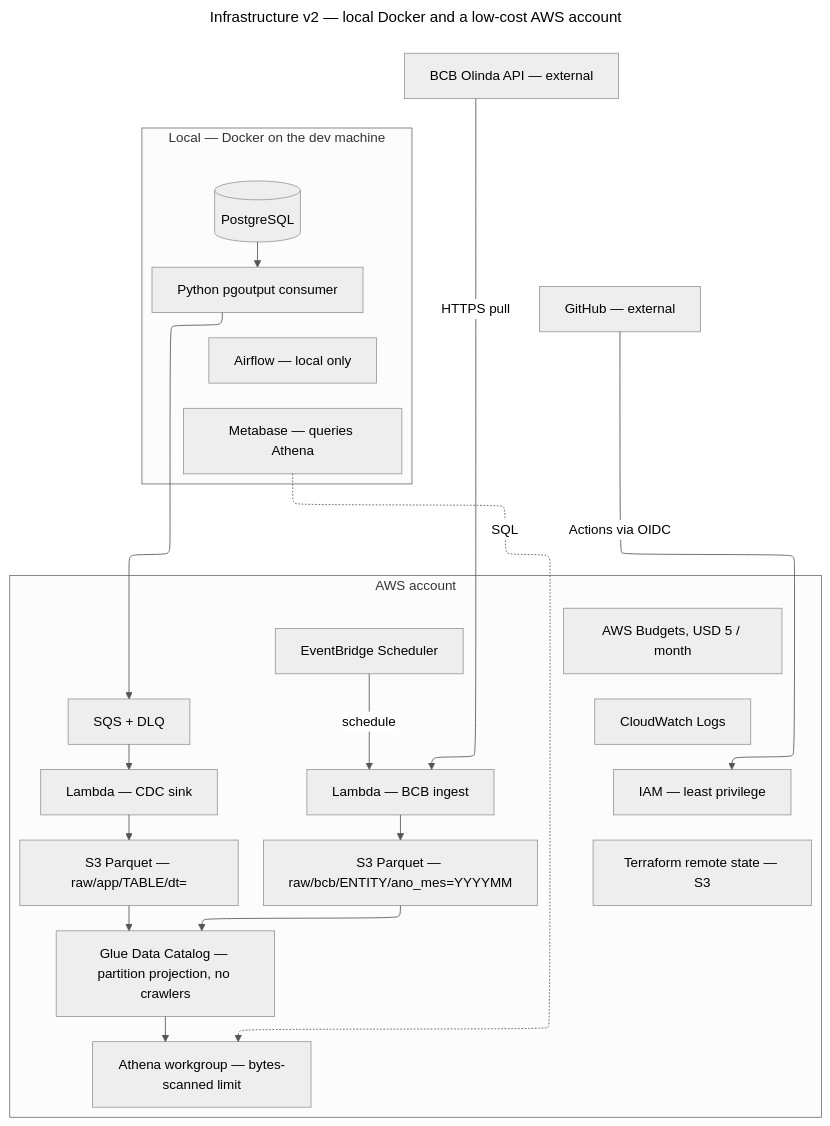
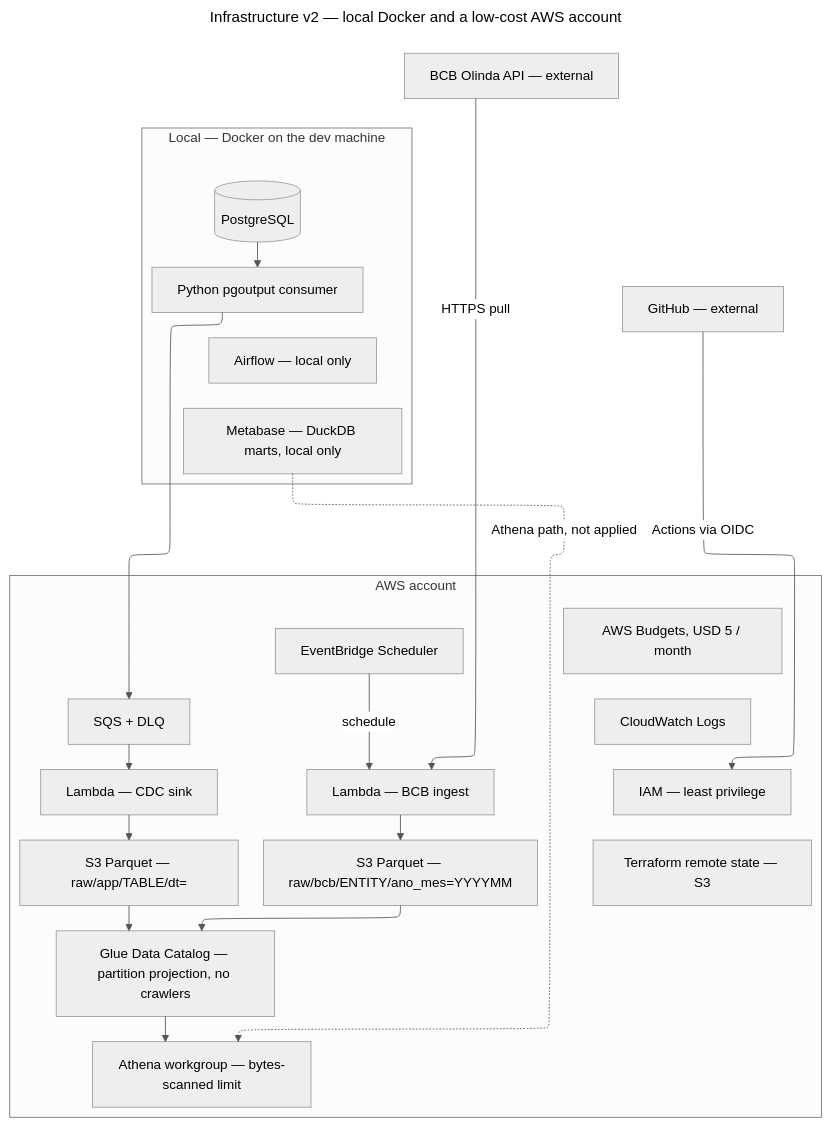
Before and after one commit to joaquim4lves/pix-data-platform: the diagram in docs/adr/ADR-004.md, drawn with Mermaid. The commit also changed 91 other files, not shown here.

````diff
--- a/docs/adr/ADR-004.md
+++ b/docs/adr/ADR-004.md
@@ -14,64 +14,64 @@
 ```mermaid
 ---
 title: Infrastructure v2 — local Docker and a low-cost AWS account
 config:
   theme: neutral
   layout: elk
   flowchart:
     rankSpacing: 28
     nodeSpacing: 24
     htmlLabels: true
     curve: basis
   themeVariables:
     lineColor: "#555555"
     primaryTextColor: "#1a1a1a"
 ---
 flowchart TB
   bcb["BCB Olinda API — external"]
   gh["GitHub — external"]
   bcb ~~~ gh
 
   subgraph local["Local — Docker on the dev machine"]
     direction TB
     pg[("PostgreSQL")]
     cdc["Python pgoutput consumer"]
     af["Airflow — local only"]
-    mb["Metabase — queries Athena"]
+    mb["Metabase — DuckDB marts, local only"]
     pg --> cdc
     cdc ~~~ af
     af ~~~ mb
   end
 
   subgraph aws["AWS account"]
     direction TB
     ev["EventBridge Scheduler"]
     lam["Lambda — BCB ingest"]
     s3b["S3 Parquet — raw/bcb/ENTITY/ano_mes=YYYYMM"]
     ev -->|"schedule"| lam
     lam --> s3b
 
     sqs["SQS + DLQ"]
     sink["Lambda — CDC sink"]
     s3a["S3 Parquet — raw/app/TABLE/dt="]
     sqs --> sink --> s3a
 
     glue["Glue Data Catalog — partition projection, no crawlers"]
     ath["Athena workgroup — bytes-scanned limit"]
     s3b --> glue
     s3a --> glue
     glue --> ath
 
     bud["AWS Budgets, USD 5 / month"]
     cw["CloudWatch Logs"]
     iam["IAM — least privilege"]
     tf["Terraform remote state — S3"]
     bud ~~~ cw
     cw ~~~ iam
     iam ~~~ tf
   end
 
   bcb -->|"HTTPS pull"| lam
   cdc --> sqs
   gh -->|"Actions via OIDC"| iam
-  mb -.->|"SQL"| ath
+  mb -.->|"Athena path, not applied"| ath
 ```
````
